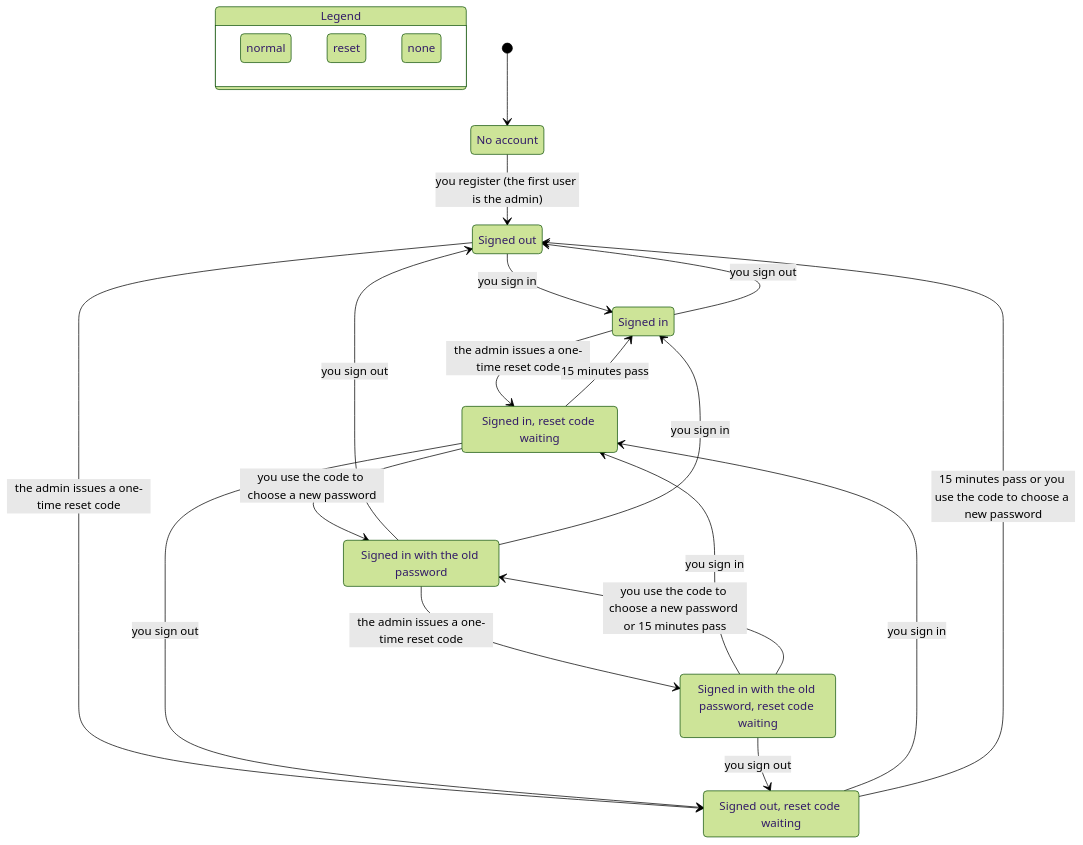
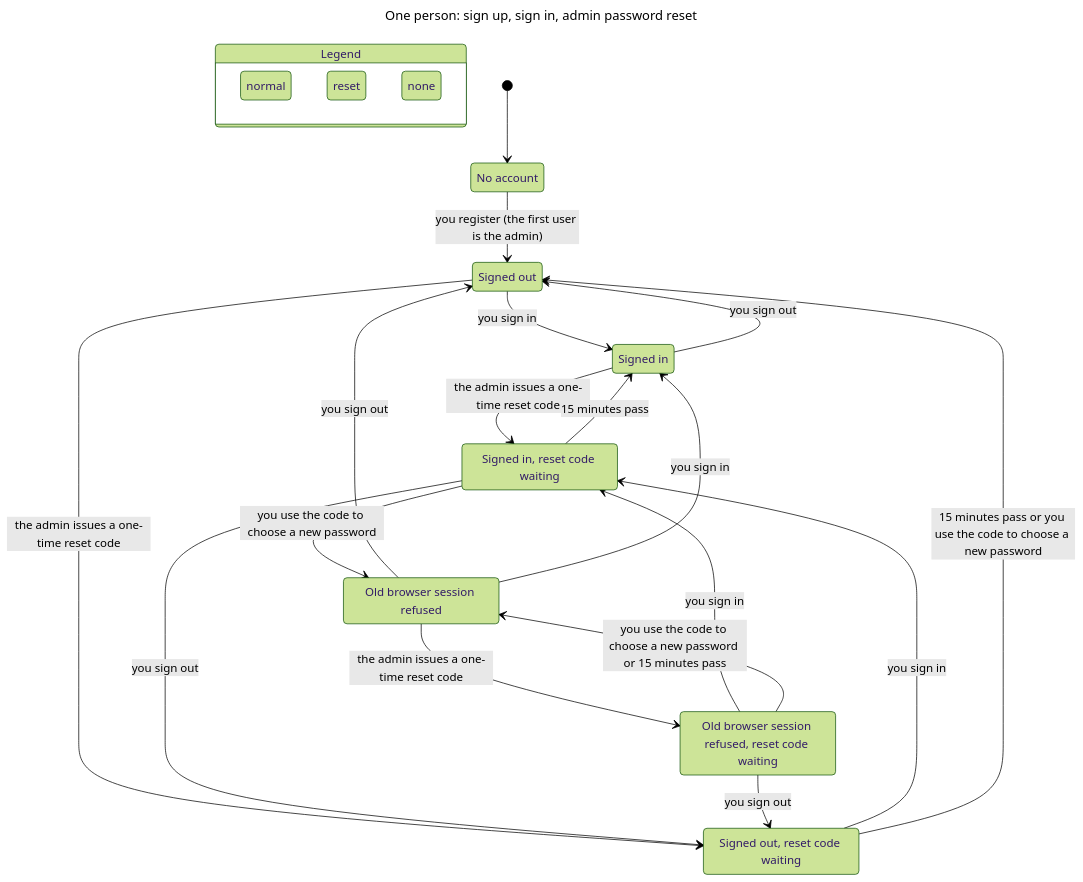
The diagram in docs/state-machines/charts/identity-access-1.mmd (wehyn/tally), drawn with Mermaid (forest theme) before and after one commit. The commit also changed 12 other files, not shown here.

First line of the commit message:
docs(verify): sync identity-access model, charts and doc to the reset fixes

```diff
--- a/docs/state-machines/charts/identity-access-1.mmd
+++ b/docs/state-machines/charts/identity-access-1.mmd
@@ -1,40 +1,43 @@
+---
+title: "One person: sign up, sign in, admin password reset"
+---
 stateDiagram-v2
   state "Legend" as legend {
     lg0: normal
     lg1: reset
     lg2: none
   }
   class lg0 teal
   class lg1 orange
   class lg2 tan
   s0: No account
   s1: Signed out
   s2: Signed in
   s3: Signed out, reset code waiting
   s4: Signed in, reset code waiting
-  s5: Signed in with the old password
-  s6: Signed in with the old password, reset code waiting
+  s5: Old browser session refused
+  s6: Old browser session refused, reset code waiting
   [*] --> s0
   s0 --> s1: you register (the first user is the admin)
   s1 --> s2: you sign in
   s1 --> s3: the admin issues a one-time reset code
   s2 --> s1: you sign out
   s2 --> s4: the admin issues a one-time reset code
   s3 --> s4: you sign in
   s3 --> s1: 15 minutes pass or you use the code to choose a new password
   s4 --> s3: you sign out
   s4 --> s2: 15 minutes pass
   s4 --> s5: you use the code to choose a new password
   s5 --> s1: you sign out
   s5 --> s2: you sign in
   s5 --> s6: the admin issues a one-time reset code
   s6 --> s3: you sign out
   s6 --> s4: you sign in
   s6 --> s5: you use the code to choose a new password or 15 minutes pass
   class s0 tan
   class s1 teal
   class s2 teal
   class s3 orange
   class s4 orange
   class s5 teal
   class s6 orange
```
